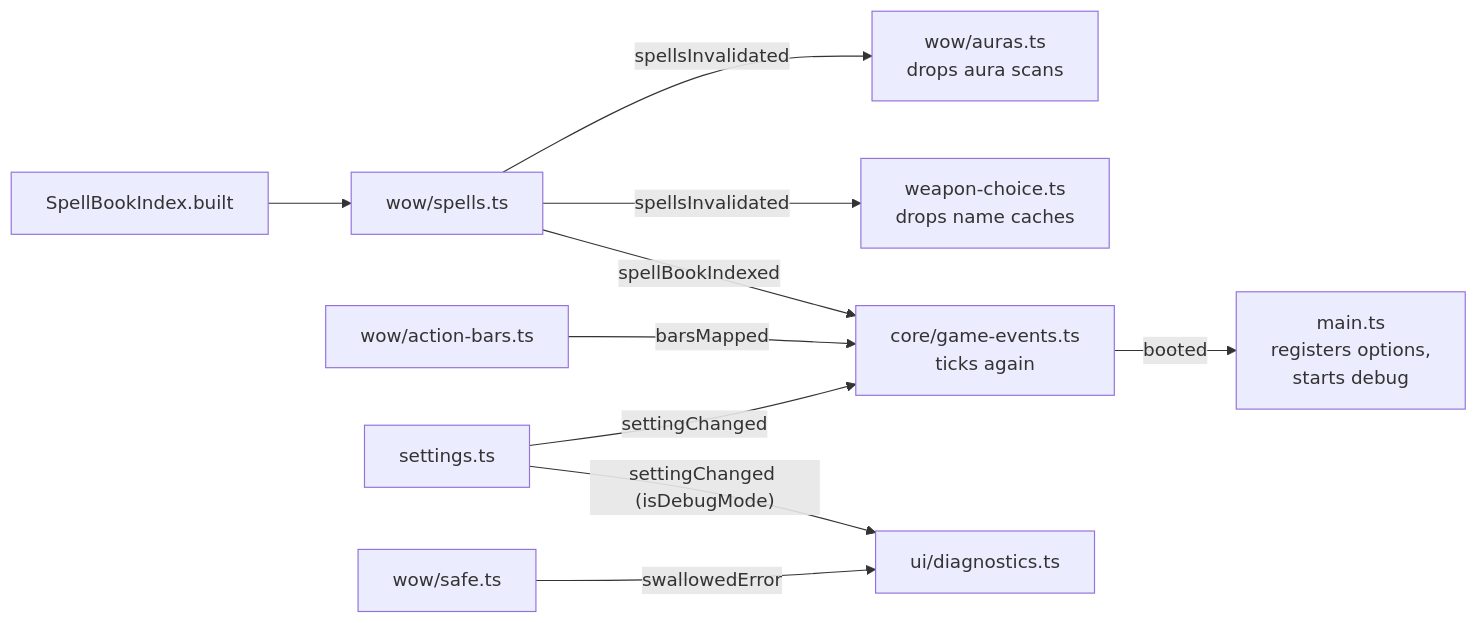
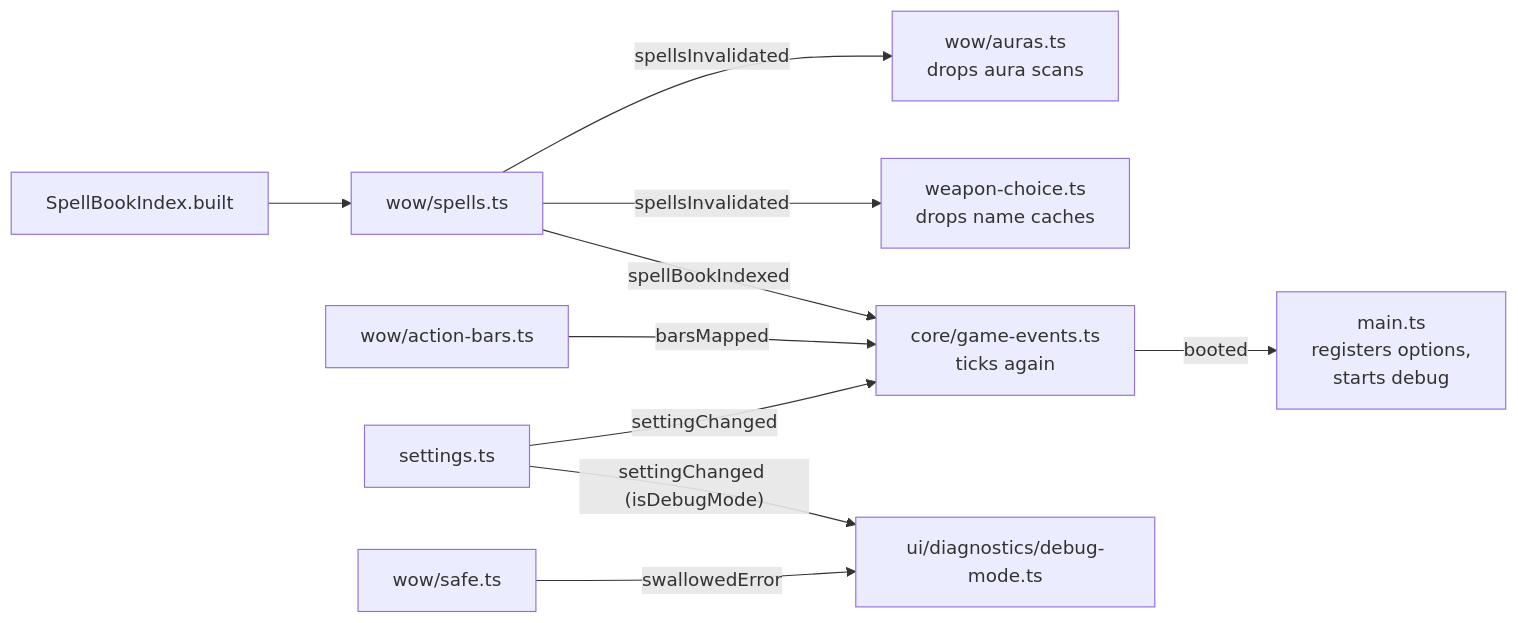
Before and after one commit to vattiss/wowkit: the third of 4 diagrams in docs/architecture.md, drawn with Mermaid. The commit also changed other lines of this file and 16 other files, not shown here.

````diff
--- a/docs/architecture.md
+++ b/docs/architecture.md
@@ -118,12 +118,12 @@
 ```mermaid
 flowchart LR
     spellbook["SpellBookIndex.built"] --> spells["wow/spells.ts"]
     spells -- "spellsInvalidated" --> auras["wow/auras.ts<br/>drops aura scans"]
     spells -- "spellsInvalidated" --> weaponChoice["weapon-choice.ts<br/>drops name caches"]
     spells -- "spellBookIndexed" --> events["core/game-events.ts<br/>ticks again"]
     actionBars["wow/action-bars.ts"] -- "barsMapped" --> events
     settings["settings.ts"] -- "settingChanged" --> events
-    settings -- "settingChanged (isDebugMode)" --> diagnostics["ui/diagnostics.ts"]
+    settings -- "settingChanged (isDebugMode)" --> diagnostics["ui/diagnostics/debug-mode.ts"]
     safe["wow/safe.ts"] -- "swallowedError" --> diagnostics
     events -- "booted" --> main["main.ts<br/>registers options,<br/>starts debug"]
 ```
````
